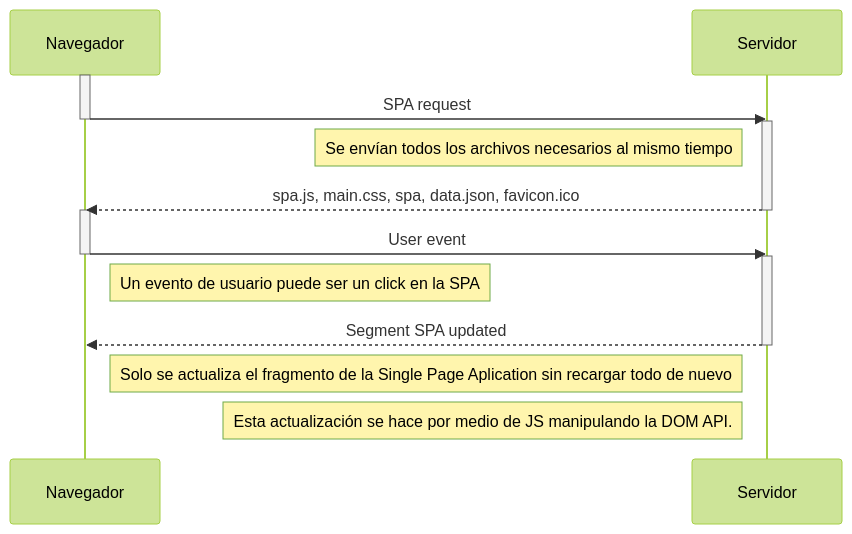
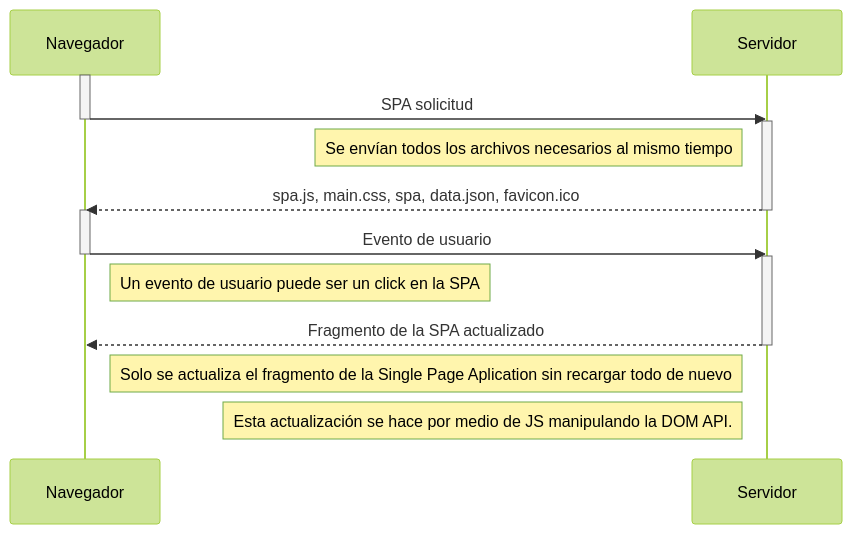
The diagram in part0/diagrama_secuencia_0.5.md (inf-rober/full-stack-open), drawn with Mermaid (forest theme) before and after one commit.

````diff
--- a/part0/diagrama_secuencia_0.5.md
+++ b/part0/diagrama_secuencia_0.5.md
@@ -1,21 +1,21 @@
 ```mermaid
 sequenceDiagram
     participant Navegador
     participant Servidor
     activate Navegador
-    Navegador->>Servidor: SPA request
+    Navegador->>Servidor: SPA solicitud
     deactivate Navegador
     activate Servidor
     Note left of Servidor: Se envían todos los archivos necesarios al mismo tiempo
     Servidor-->>Navegador: spa.js, main.css, spa, data.json, favicon.ico
     deactivate Servidor
     activate Navegador
-    Navegador->>Servidor: User event
+    Navegador->>Servidor: Evento de usuario
     deactivate Navegador
     activate Servidor
     Note right of Navegador: Un evento de usuario puede ser un click en la SPA
-    Servidor-->>Navegador: Segment SPA updated
+    Servidor-->>Navegador: Fragmento de la SPA actualizado
     deactivate Servidor
     Note left of Servidor: Solo se actualiza el fragmento de la Single Page Aplication sin recargar todo de nuevo
     Note left of Servidor: Esta actualización se hace por medio de JS manipulando la DOM API.
 ```
````
